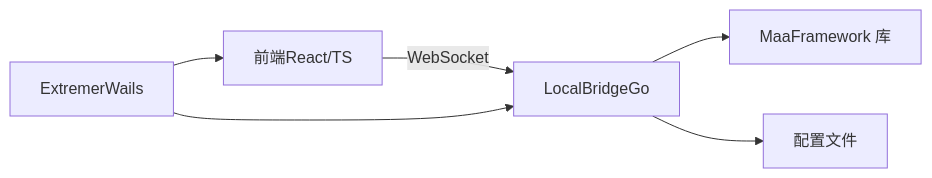
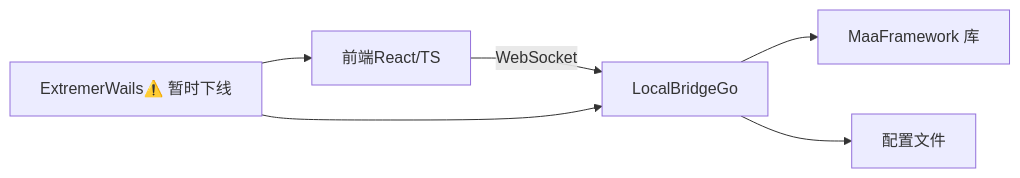
Before and after one commit to kqcoxn/MaaPipelineEditor: the seventh of 7 diagrams in .qoder/repowiki/zh/content/快速开始.md, drawn with Mermaid. The commit also changed other lines of this file and 42 other files, not shown here.

````diff
--- a/.qoder/repowiki/zh/content/快速开始.md
+++ b/.qoder/repowiki/zh/content/快速开始.md
@@ -258,8 +302,8 @@
 ```mermaid
 graph LR
 FE["前端React/TS"] --> |WebSocket| LB["LocalBridgeGo"]
 LB --> FW["MaaFramework 库"]
 LB --> CFG["配置文件"]
-APP["ExtremerWails"] --> FE
+APP["ExtremerWails⚠️ 暂时下线"] --> FE
 APP --> LB
 ```
````
